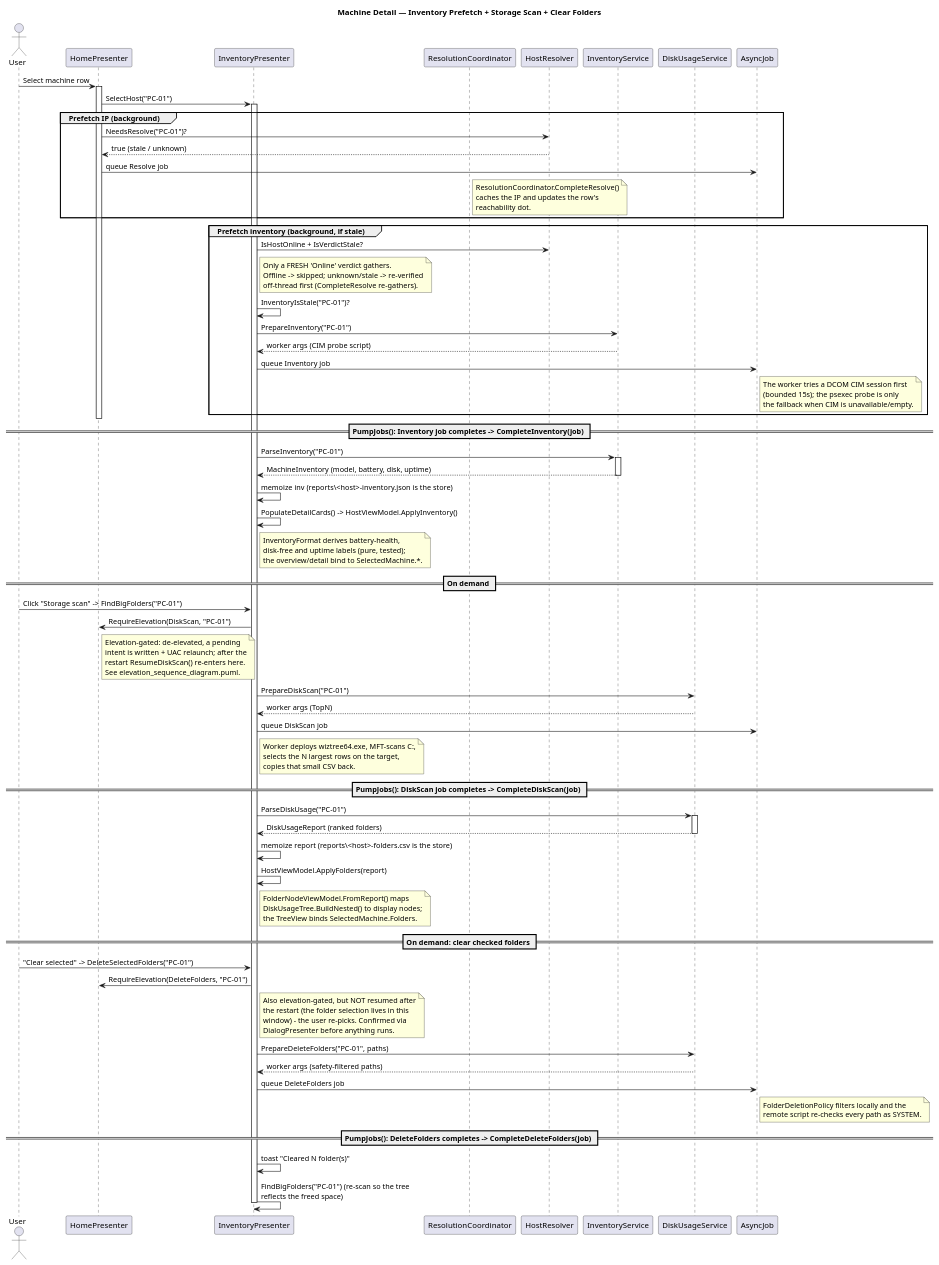
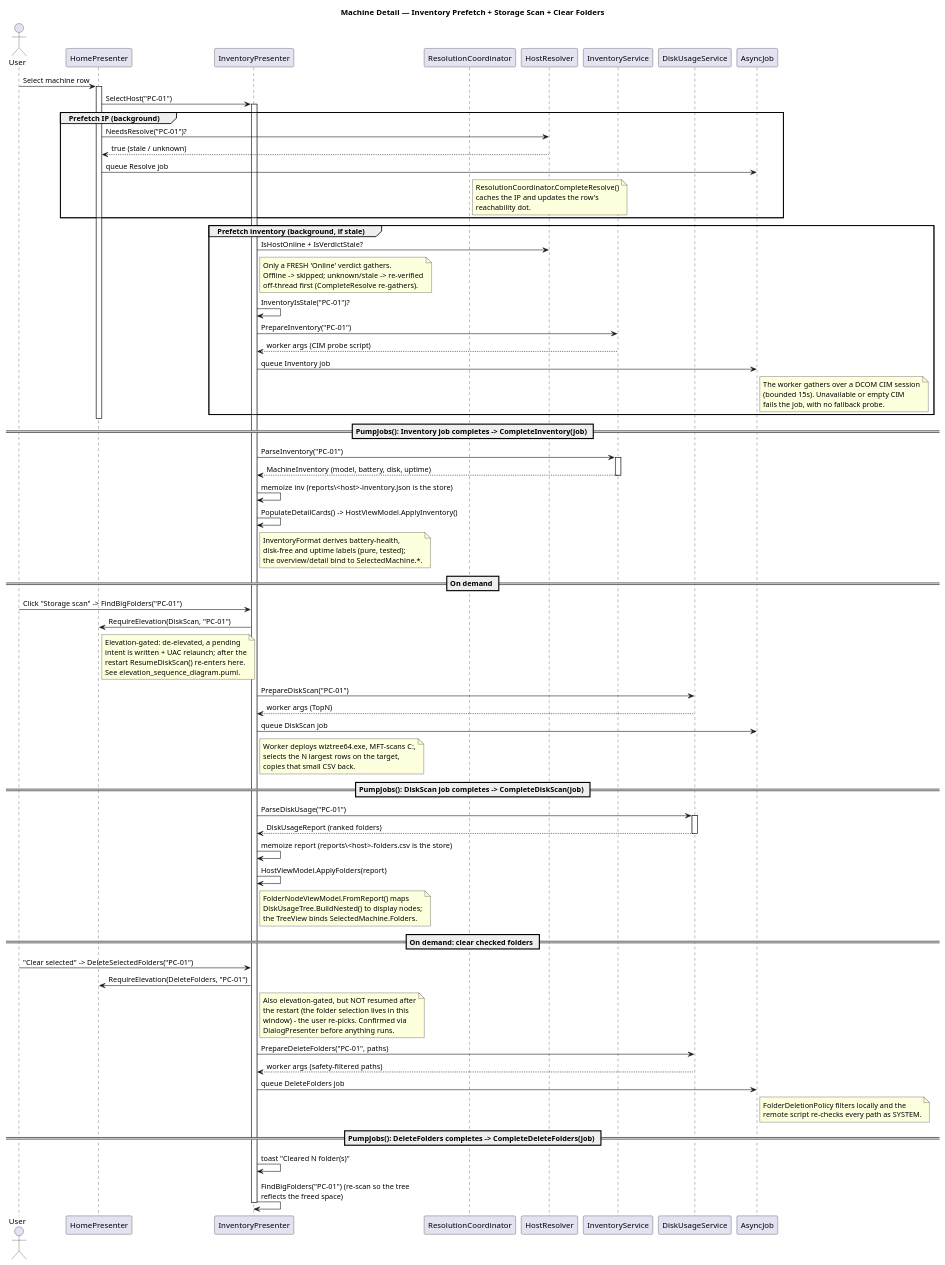
One commit to Danial-Changez/DONUT changed the diagram in docs/diagrams/inventory_sequence_diagram.puml. Above: the diagram before and after it, drawn with PlantUML. The commit also changed 112 other files, not shown here.

```diff
--- a/docs/diagrams/inventory_sequence_diagram.puml
+++ b/docs/diagrams/inventory_sequence_diagram.puml
@@ -1,76 +1,76 @@
 @startuml inventory_sequence_diagram
 title Machine Detail — Inventory Prefetch + Storage Scan + Clear Folders
 
 actor User
 participant "HomePresenter" as Presenter
 participant "InventoryPresenter" as Detail
 participant "ResolutionCoordinator" as Coord
 participant "HostResolver" as Resolver
 participant "InventoryService" as Inv
 participant "DiskUsageService" as Disk
 participant "AsyncJob" as Job
 
 User -> Presenter: Select machine row
 activate Presenter
 Presenter -> Detail: SelectHost("PC-01")
 activate Detail
 
 group Prefetch IP (background)
     Presenter -> Resolver: NeedsResolve("PC-01")?
     Resolver --> Presenter: true (stale / unknown)
     Presenter -> Job: queue Resolve job
     note right of Coord: ResolutionCoordinator.CompleteResolve()\ncaches the IP and updates the row's\nreachability dot.
 end
 
 group Prefetch inventory (background, if stale)
     Detail -> Resolver: IsHostOnline + IsVerdictStale?
     note right of Detail: Only a FRESH 'Online' verdict gathers.\nOffline -> skipped; unknown/stale -> re-verified\noff-thread first (CompleteResolve re-gathers).
     Detail -> Detail: InventoryIsStale("PC-01")?
     Detail -> Inv: PrepareInventory("PC-01")
     Inv --> Detail: worker args (CIM probe script)
     Detail -> Job: queue Inventory job
-    note right of Job: The worker tries a DCOM CIM session first\n(bounded 15s); the psexec probe is only\nthe fallback when CIM is unavailable/empty.
+    note right of Job: The worker gathers over a DCOM CIM session\n(bounded 15s). Unavailable or empty CIM\nfails the job, with no fallback probe.
 end
 deactivate Presenter
 
 == PumpJobs(): Inventory job completes -> CompleteInventory(job) ==
 Detail -> Inv: ParseInventory("PC-01")
 activate Inv
 Inv --> Detail: MachineInventory (model, battery, disk, uptime)
 deactivate Inv
 Detail -> Detail: memoize inv (reports\\<host>-inventory.json is the store)
 Detail -> Detail: PopulateDetailCards() -> HostViewModel.ApplyInventory()
 note right of Detail: InventoryFormat derives battery-health,\ndisk-free and uptime labels (pure, tested);\nthe overview/detail bind to SelectedMachine.*.
 
 == On demand ==
 User -> Detail: Click "Storage scan" -> FindBigFolders("PC-01")
 Detail -> Presenter: RequireElevation(DiskScan, "PC-01")
 note right of Presenter: Elevation-gated: de-elevated, a pending\nintent is written + UAC relaunch; after the\nrestart ResumeDiskScan() re-enters here.\nSee elevation_sequence_diagram.puml.
 Detail -> Disk: PrepareDiskScan("PC-01")
 Disk --> Detail: worker args (TopN)
 Detail -> Job: queue DiskScan job
 note right of Detail: Worker deploys wiztree64.exe, MFT-scans C:,\nselects the N largest rows on the target,\ncopies that small CSV back.
 
 == PumpJobs(): DiskScan job completes -> CompleteDiskScan(job) ==
 Detail -> Disk: ParseDiskUsage("PC-01")
 activate Disk
 Disk --> Detail: DiskUsageReport (ranked folders)
 deactivate Disk
 Detail -> Detail: memoize report (reports\\<host>-folders.csv is the store)
 Detail -> Detail: HostViewModel.ApplyFolders(report)
 note right of Detail: FolderNodeViewModel.FromReport() maps\nDiskUsageTree.BuildNested() to display nodes;\nthe TreeView binds SelectedMachine.Folders.
 
 == On demand: clear checked folders ==
 User -> Detail: "Clear selected" -> DeleteSelectedFolders("PC-01")
 Detail -> Presenter: RequireElevation(DeleteFolders, "PC-01")
 note right of Detail: Also elevation-gated, but NOT resumed after\nthe restart (the folder selection lives in this\nwindow) - the user re-picks. Confirmed via\nDialogPresenter before anything runs.
 Detail -> Disk: PrepareDeleteFolders("PC-01", paths)
 Disk --> Detail: worker args (safety-filtered paths)
 Detail -> Job: queue DeleteFolders job
 note right of Job: FolderDeletionPolicy filters locally and the\nremote script re-checks every path as SYSTEM.
 
 == PumpJobs(): DeleteFolders completes -> CompleteDeleteFolders(job) ==
 Detail -> Detail: toast "Cleared N folder(s)"
 Detail -> Detail: FindBigFolders("PC-01") (re-scan so the tree\nreflects the freed space)
 deactivate Detail
 @enduml
```
